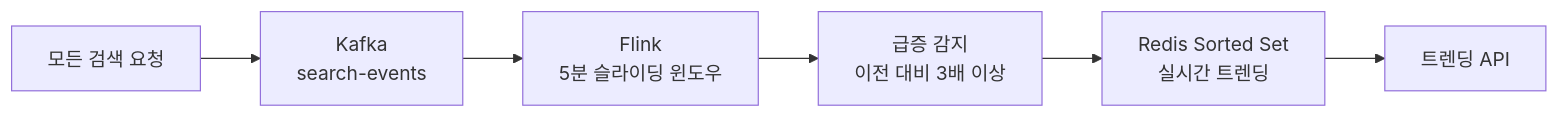
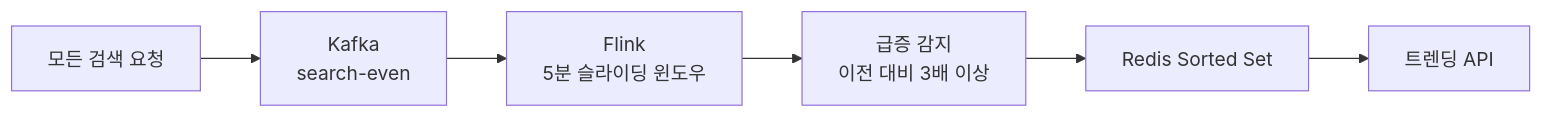
Before and after one commit to yjkim2015/yjkim2015.github.io: the fourth of 5 diagrams in _posts/systemdesign/2026-05-02-system-design-search.md, drawn with Mermaid. The commit also changed other lines of this file and 271 other files, not shown here.

First line of the commit message:
Mermaid 라벨 축소: 긴 노드 텍스트 18자 이하로 트림 + \n 제거

````diff
--- a/_posts/systemdesign/2026-05-02-system-design-search.md
+++ b/_posts/systemdesign/2026-05-02-system-design-search.md
@@ -382,8 +382,8 @@
 ```mermaid
 graph LR
-    Searches["모든 검색 요청"] --> Kafka["Kafka\nsearch-events"]
+    Searches["모든 검색 요청"] --> Kafka["Kafka\nsearch-even"]
     Kafka --> Flink["Flink\n5분 슬라이딩 윈도우"]
     Flink --> TrendCalc["급증 감지\n이전 대비 3배 이상"]
-    TrendCalc --> Redis["Redis Sorted Set\n실시간 트렌딩"]
+    TrendCalc --> Redis["Redis Sorted Set\n"]
     Redis --> API["트렌딩 API"]
 ```
````
